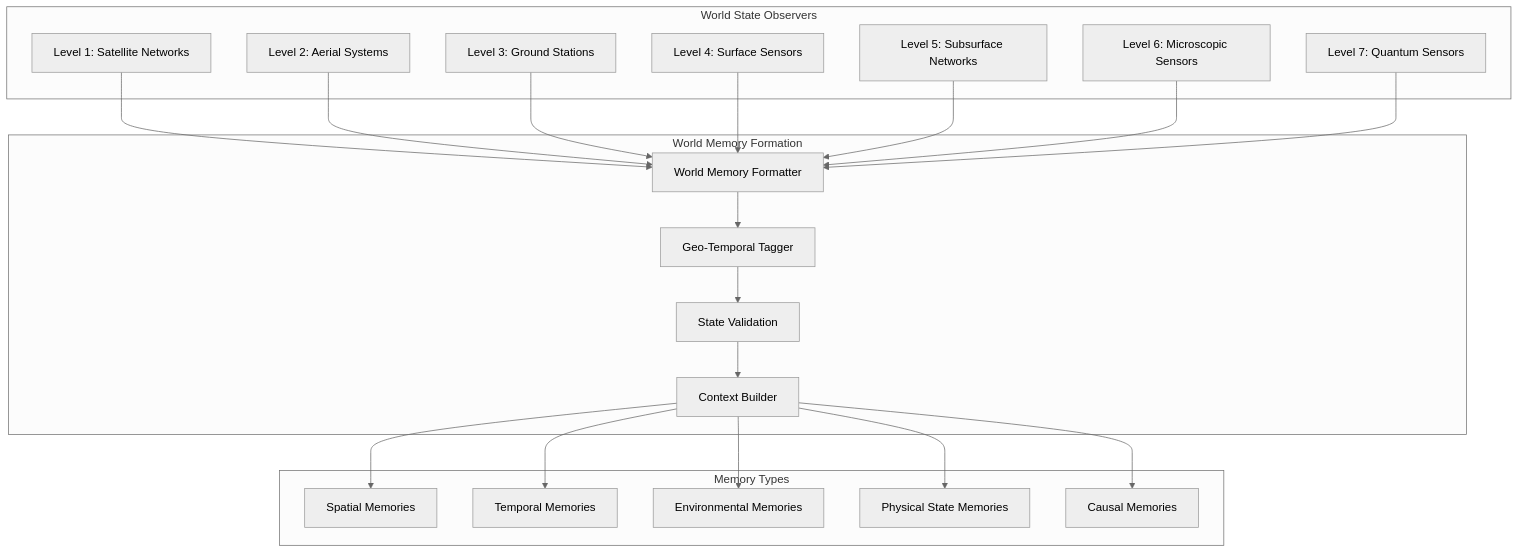
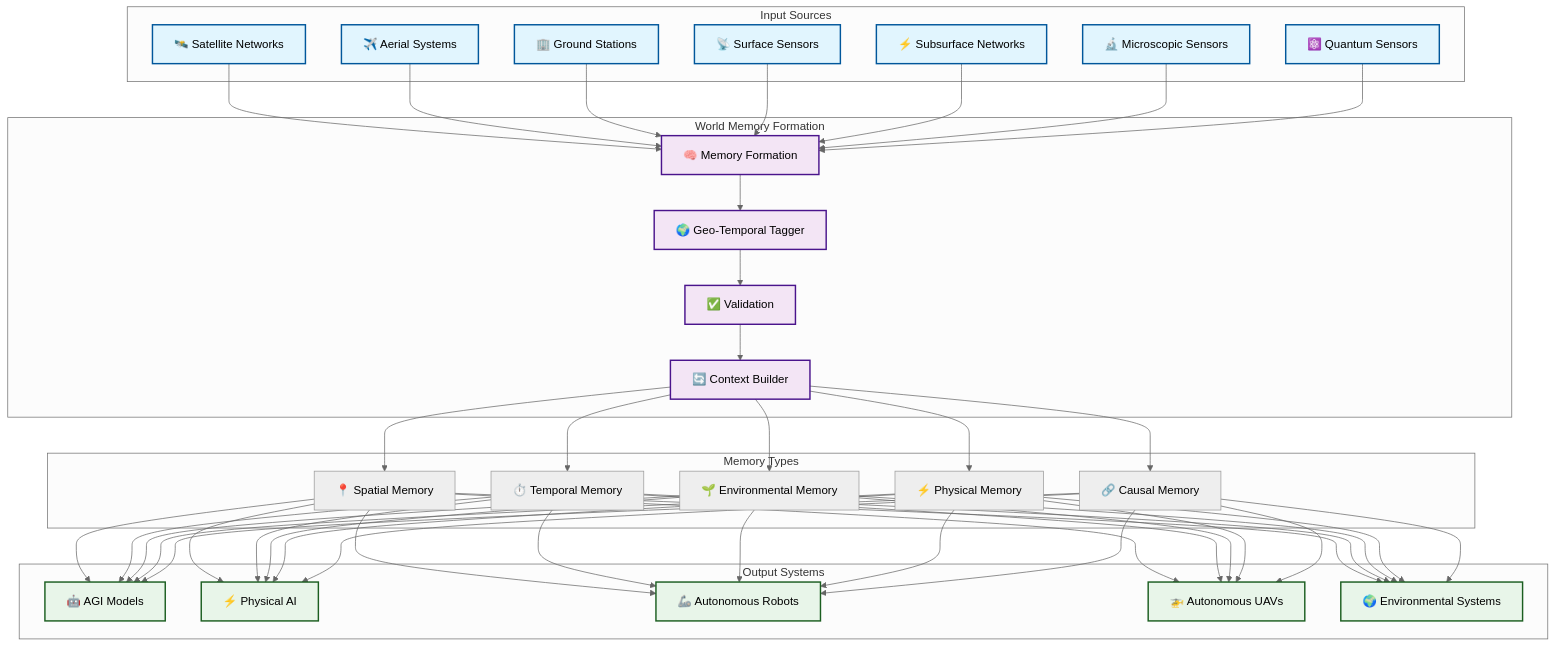
The first of 6 diagrams in docs/core-concepts/overview.md (Vortx-AI/synthetic-satellite), drawn with Mermaid (neutral theme) before and after one commit. The commit also changed other lines of this file, not shown here.

````diff
--- a/docs/core-concepts/overview.md
+++ b/docs/core-concepts/overview.md
@@ -13,31 +13,50 @@
 ```mermaid
 graph TD
-    subgraph "World State Observers"
-        L1[Level 1: Satellite Networks]
-        L2[Level 2: Aerial Systems]
-        L3[Level 3: Ground Stations]
-        L4[Level 4: Surface Sensors]
-        L5[Level 5: Subsurface Networks]
-        L6[Level 6: Microscopic Sensors]
-        L7[Level 7: Quantum Sensors]
+    classDef inputNode fill:#e1f5fe,stroke:#01579b,stroke-width:2px;
+    classDef processingNode fill:#f3e5f5,stroke:#4a148c,stroke-width:2px;
+    classDef outputNode fill:#e8f5e9,stroke:#1b5e20,stroke-width:2px;
+    classDef aiNode fill:#fff3e0,stroke:#e65100,stroke-width:2px;
+
+    subgraph "Input Sources"
+        L1["🛰️ Satellite Networks"]
+        L2["✈️ Aerial Systems"]
+        L3["🏢 Ground Stations"]
+        L4["📡 Surface Sensors"]
+        L5["⚡ Subsurface Networks"]
+        L6["🔬 Microscopic Sensors"]
+        L7["⚛️ Quantum Sensors"]
     end
 
     subgraph "World Memory Formation"
-        WMF[World Memory Formatter]
-        GEO[Geo-Temporal Tagger]
-        VAL[State Validation]
-        CTX[Context Builder]
+        WMF["🧠 Memory Formation"]
+        GEO["🌍 Geo-Temporal Tagger"]
+        VAL["✅ Validation"]
+        CTX["🔄 Context Builder"]
     end
 
     subgraph "Memory Types"
-        SM[Spatial Memories]
-        TM[Temporal Memories]
-        EM[Environmental Memories]
-        PM[Physical State Memories]
-        CM[Causal Memories]
+        SM["📍 Spatial Memory"]
+        TM["⏱️ Temporal Memory"]
+        EM["🌱 Environmental Memory"]
+        PM["⚡ Physical Memory"]
+        CM["🔗 Causal Memory"]
+    end
+
+    subgraph "Output Systems"
+        AGI["🤖 AGI Models"]
+        PAI["⚡ Physical AI"]
+        ROB["🦾 Autonomous Robots"]
+        UAV["🚁 Autonomous UAVs"]
+        ENV["🌍 Environmental Systems"]
     end
 
     L1 & L2 & L3 & L4 & L5 & L6 & L7 --> WMF
     WMF --> GEO --> VAL --> CTX
     CTX --> SM & TM & EM & PM & CM
+    SM & TM & EM & PM & CM --> AGI & PAI & ROB & UAV & ENV
+
+    class L1,L2,L3,L4,L5,L6,L7 inputNode;
+    class WMF,GEO,VAL,CTX processingNode;
+    class SM,TM,EM,PM,CM memoryNode;
+    class AGI,PAI,ROB,UAV,ENV outputNode;
 ```
````
